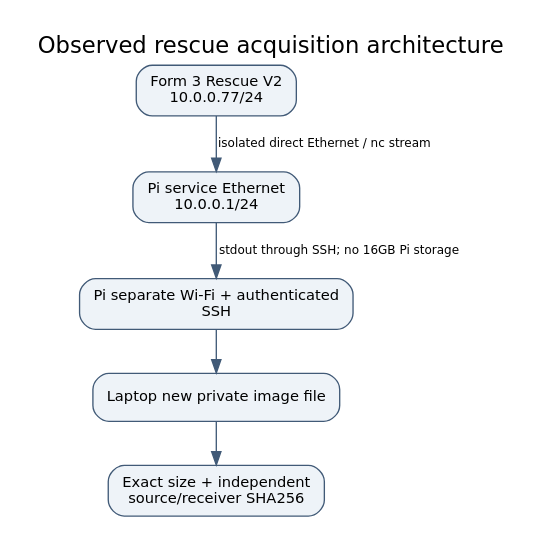
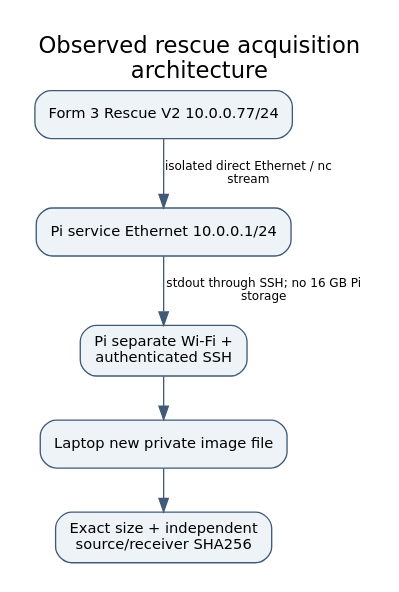
Before and after one commit to Zimbo88/form3-owner-root-source: the diagram in docs/figures/05-acquisition-network.dot, drawn with Graphviz. The commit also changed 69 other files, not shown here.

```diff
--- a/docs/figures/05-acquisition-network.dot
+++ b/docs/figures/05-acquisition-network.dot
@@ -1,14 +1,14 @@
 digraph G {
-graph [rankdir=TB,bgcolor="white",pad="0.2",nodesep="0.35",ranksep="0.45",label="Observed rescue acquisition architecture",labelloc=t,fontname="DejaVu Sans",fontsize=17];
+graph [rankdir=TB,bgcolor="white",pad="0.2",nodesep="0.35",ranksep="0.45",label="Observed rescue acquisition\narchitecture",labelloc=t,fontname="DejaVu Sans",fontsize=17];
 node [shape=box,style="rounded,filled",fillcolor="#eef3f8",color="#415a77",fontname="DejaVu Sans",fontsize=11,margin="0.14,0.1"];
 edge [color="#415a77",fontname="DejaVu Sans",fontsize=9];
-printer [label="Form 3 Rescue V2\n10.0.0.77/24"];
-pi [label="Pi service Ethernet\n10.0.0.1/24"];
-wifi [label="Pi separate Wi-Fi + authenticated\nSSH"];
+printer [label="Form 3 Rescue V2 10.0.0.77/24"];
+pi [label="Pi service Ethernet 10.0.0.1/24"];
+wifi [label="Pi separate Wi-Fi +\nauthenticated SSH"];
 laptop [label="Laptop new private image file"];
 hash [label="Exact size + independent\nsource/receiver SHA256"];
-printer -> pi [label="isolated direct Ethernet / nc stream"];
-pi -> wifi [label="stdout through SSH; no 16GB Pi storage"];
+printer -> pi [label="isolated direct Ethernet / nc\nstream"];
+pi -> wifi [label="stdout through SSH; no 16 GB Pi\nstorage"];
 wifi -> laptop [label=""];
 laptop -> hash [label=""];
 }
```
